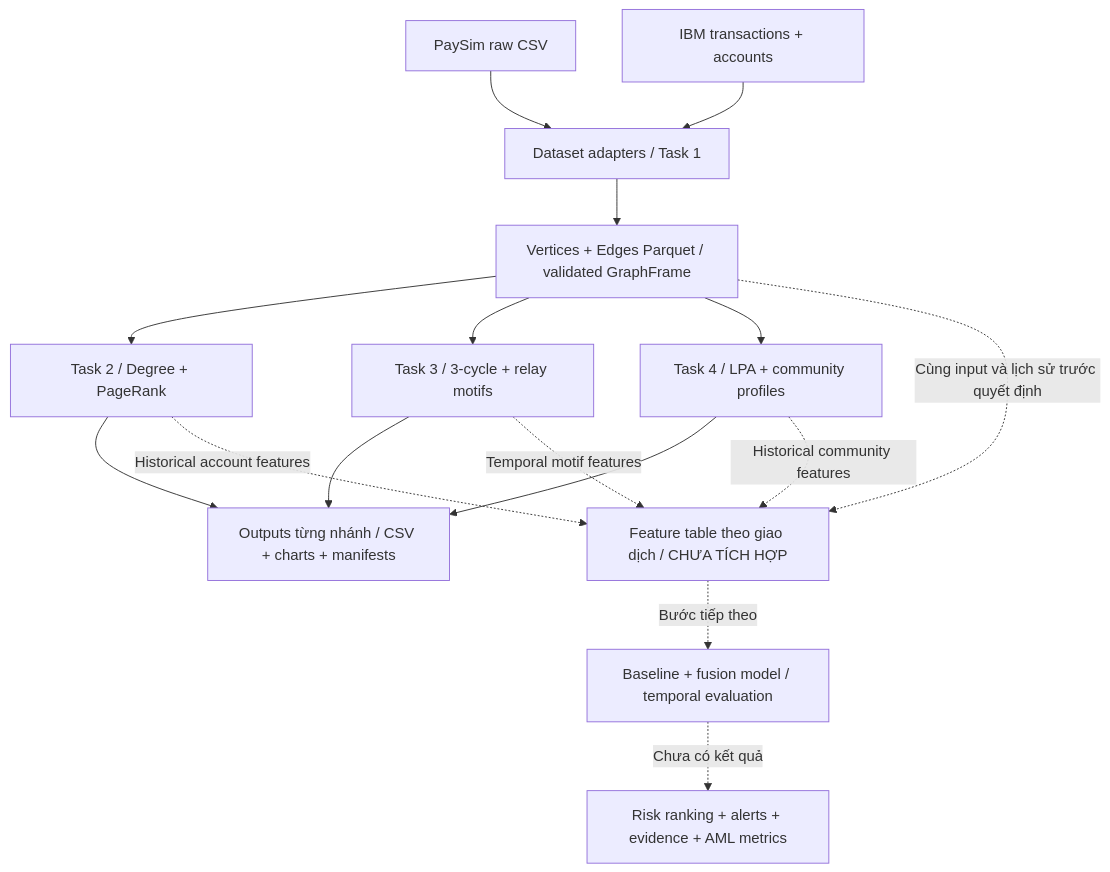
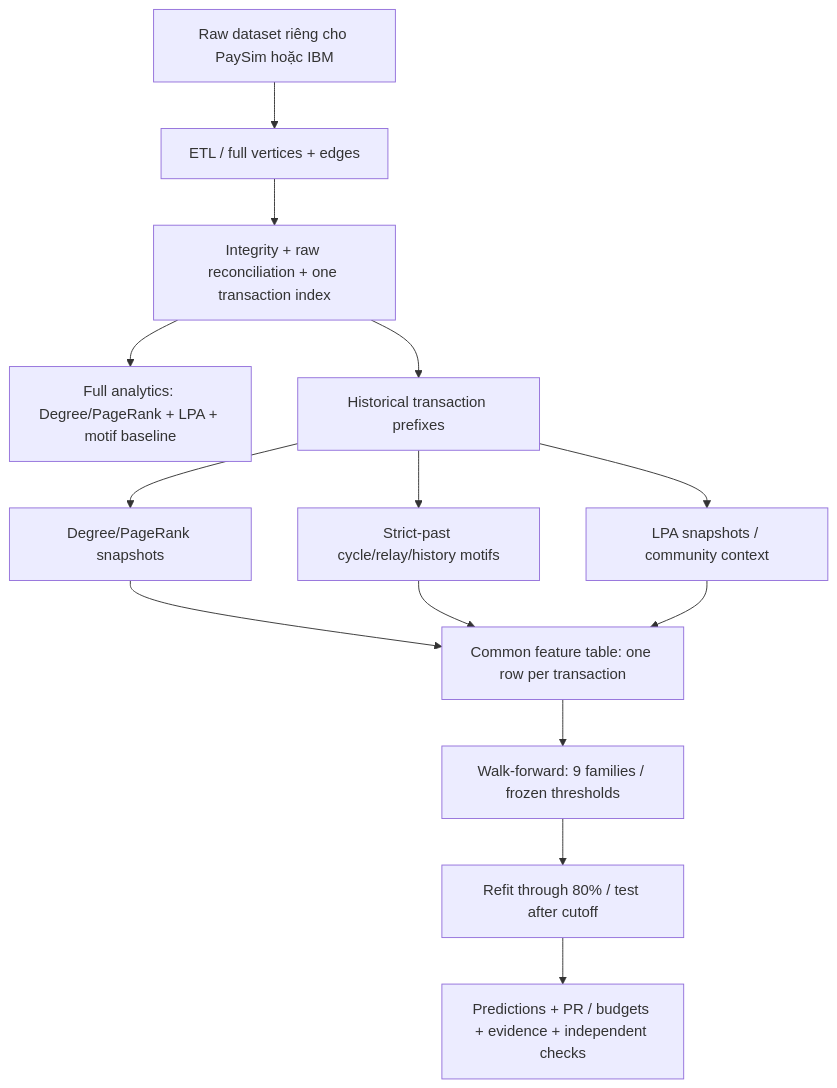
One commit to harvey105/graphguard-amls-detection changed the diagram in README.md. Above: the diagram before and after it, drawn with Mermaid. The commit also changed other lines of this file and 22 other files, not shown here.

Commit message:
Add full-data AML pipeline and checkpoint paused PaySim run

````diff
--- a/README.md
+++ b/README.md
@@ -42,18 +39,16 @@
 ```mermaid
 flowchart TD
-    P[PaySim raw CSV] --> E[Dataset adapters / Task 1]
-    I[IBM transactions + accounts] --> E
-    E --> Q[Vertices + Edges Parquet / validated GraphFrame]
-    Q --> D[Task 2 / Degree + PageRank]
-    Q --> M[Task 3 / 3-cycle + relay motifs]
-    Q --> L[Task 4 / LPA + community profiles]
-    D --> A[Outputs từng nhánh / CSV + charts + manifests]
-    M --> A
-    L --> A
-    Q -. Cùng input và lịch sử trước quyết định .-> C[Feature table theo giao dịch / CHƯA TÍCH HỢP]
-    D -. Historical account features .-> C
-    M -. Temporal motif features .-> C
-    L -. Historical community features .-> C
-    C -. Bước tiếp theo .-> F[Baseline + fusion model / temporal evaluation]
-    F -. Chưa có kết quả .-> R[Risk ranking + alerts + evidence + AML metrics]
+    R[Raw dataset riêng cho PaySim hoặc IBM] --> E[ETL / full vertices + edges]
+    E --> I[Integrity + raw reconciliation + one transaction index]
+    I --> A[Full analytics: Degree/PageRank + LPA + motif baseline]
+    I --> H[Historical transaction prefixes]
+    H --> C[Degree/PageRank snapshots]
+    H --> M[Strict-past cycle/relay/history motifs]
+    H --> L[LPA snapshots / community context]
+    C --> F[Common feature table: one row per transaction]
+    M --> F
+    L --> F
+    F --> V[Walk-forward: 9 families / frozen thresholds]
+    V --> T[Refit through 80% / test after cutoff]
+    T --> O[Predictions + PR / budgets + evidence + independent checks]
 ```
````
